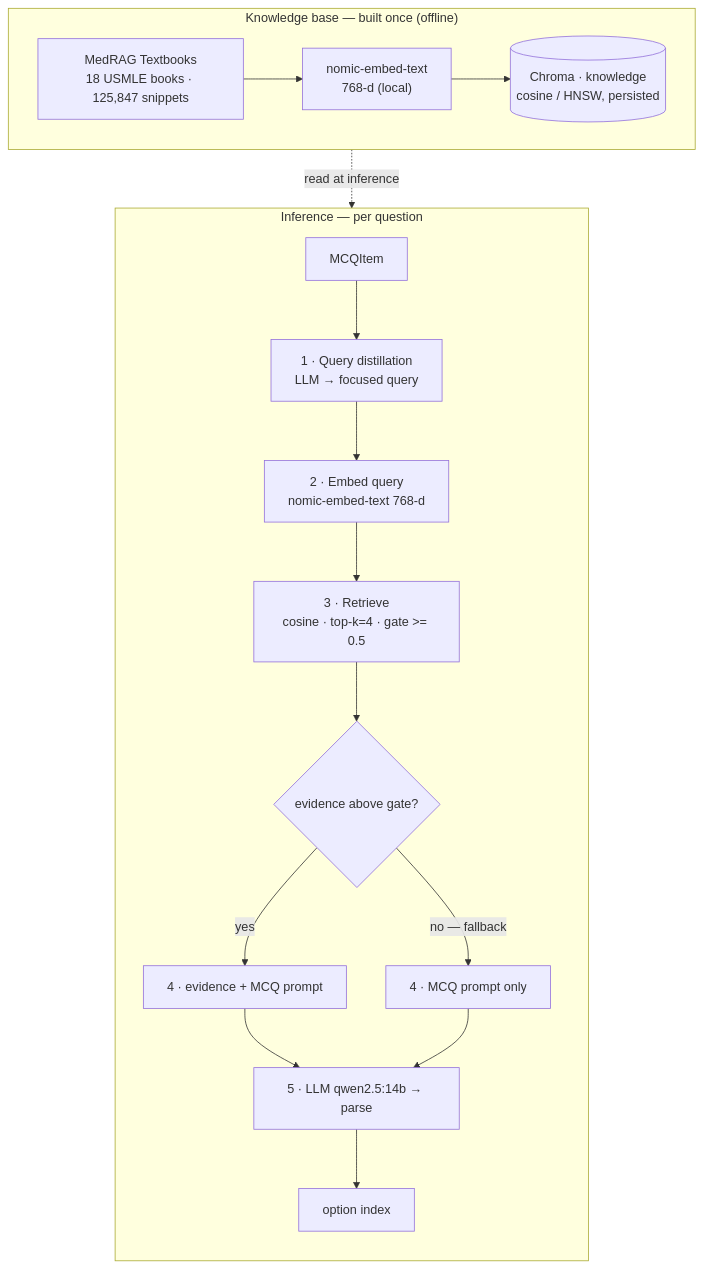
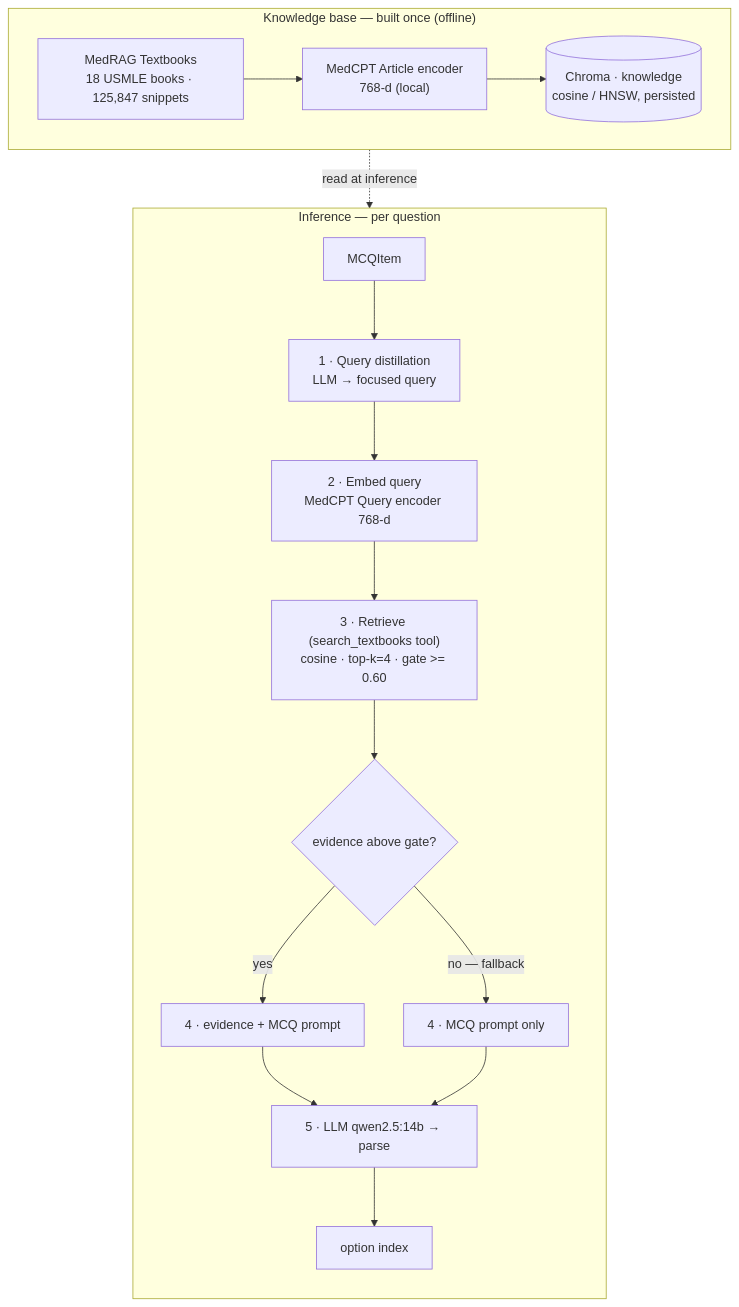
Before and after one commit to tigonguyen/langgraph-agent-hospital: the third of 5 diagrams in docs/ARCHITECTURE.md, drawn with Mermaid. The commit also changed other lines of this file and 3 other files, not shown here.

````diff
--- a/docs/ARCHITECTURE.md
+++ b/docs/ARCHITECTURE.md
@@ -97,21 +97,21 @@
 ```mermaid
 flowchart TB
     subgraph KB["Knowledge base — built once (offline)"]
       direction LR
-      corpus["MedRAG Textbooks<br/>18 USMLE books · 125,847 snippets"] --> e1["nomic-embed-text<br/>768-d (local)"]
+      corpus["MedRAG Textbooks<br/>18 USMLE books · 125,847 snippets"] --> e1["MedCPT Article encoder<br/>768-d (local)"]
       e1 --> store[("Chroma · knowledge<br/>cosine / HNSW, persisted")]
     end
     subgraph INF["Inference — per question"]
       direction TB
       q["MCQItem"] --> d["1 · Query distillation<br/>LLM → focused query"]
-      d --> e2["2 · Embed query<br/>nomic-embed-text 768-d"]
-      e2 --> r["3 · Retrieve<br/>cosine · top-k=4 · gate >= 0.5"]
+      d --> e2["2 · Embed query<br/>MedCPT Query encoder 768-d"]
+      e2 --> r["3 · Retrieve (search_textbooks tool)<br/>cosine · top-k=4 · gate >= 0.60"]
       r --> g{"evidence above gate?"}
       g -->|yes| p1["4 · evidence + MCQ prompt"]
       g -->|"no — fallback"| p2["4 · MCQ prompt only"]
       p1 --> l2["5 · LLM qwen2.5:14b → parse"]
       p2 --> l2
       l2 --> idx["option index"]
     end
     store -. read at inference .-> r
 ```
````
